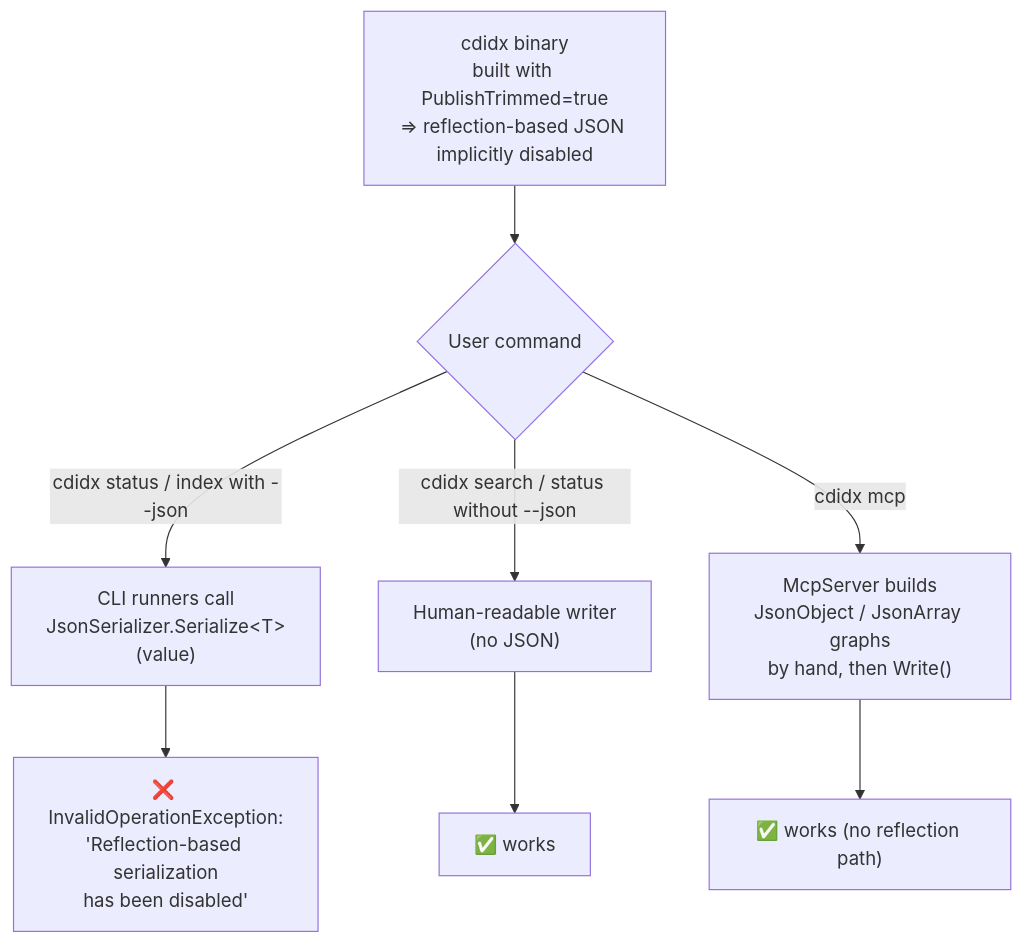
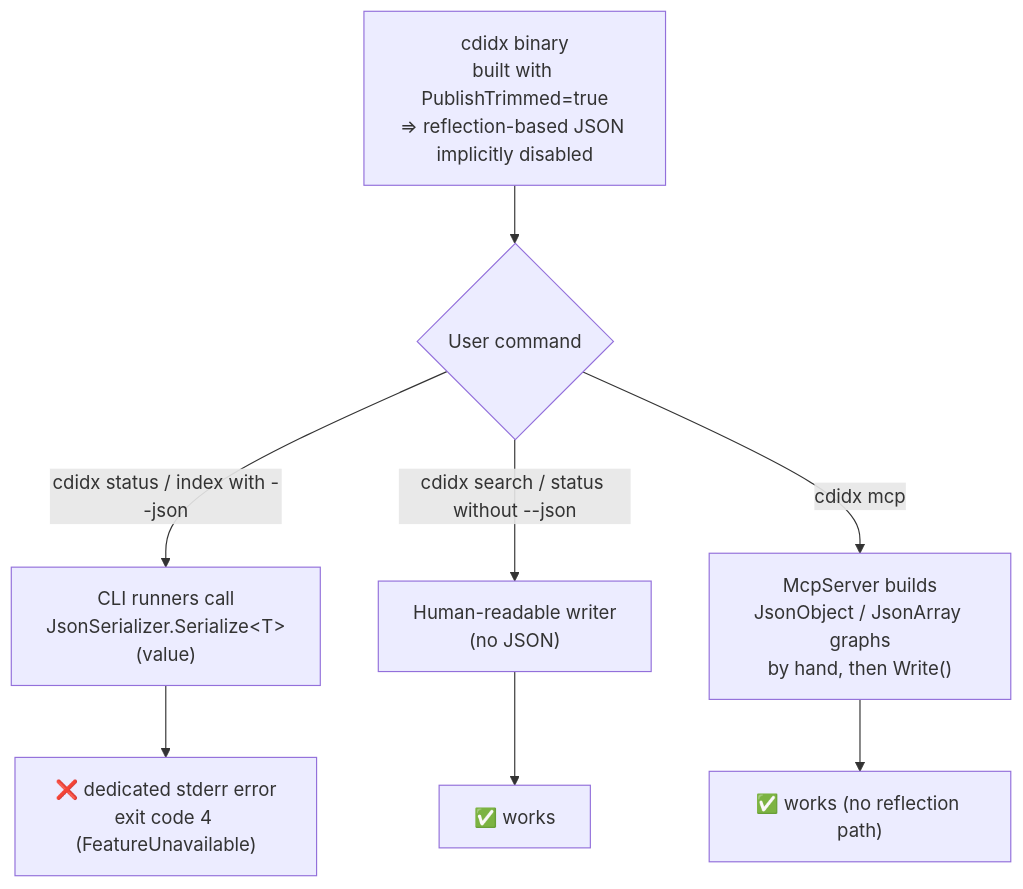
The sixth of 12 diagrams in DEVELOPER_GUIDE.md (braincominity/CodeIndex), drawn with Mermaid before and after one commit. The commit also changed other lines of this file and 12 other files, not shown here.

````diff
--- a/DEVELOPER_GUIDE.md
+++ b/DEVELOPER_GUIDE.md
@@ -909,11 +910,11 @@
 ```mermaid
 flowchart TD
     B["cdidx binary<br/>built with PublishTrimmed=true<br/>⇒ reflection-based JSON implicitly disabled"]
     B --> R{User command}
     R -->|cdidx status / index with --json| A["CLI runners call<br/>JsonSerializer.Serialize&lt;T&gt;(value)"]
     R -->|cdidx search / status without --json| H["Human-readable writer<br/>(no JSON)"]
     R -->|cdidx mcp| M["McpServer builds<br/>JsonObject / JsonArray graphs<br/>by hand, then Write()"]
-    A --> AX["❌ InvalidOperationException:<br/>'Reflection-based serialization<br/>has been disabled'"]
+    A --> AX["❌ dedicated stderr error<br/>exit code 4 (FeatureUnavailable)"]
     H --> HX["✅ works"]
     M --> MX["✅ works (no reflection path)"]
 ```
````
